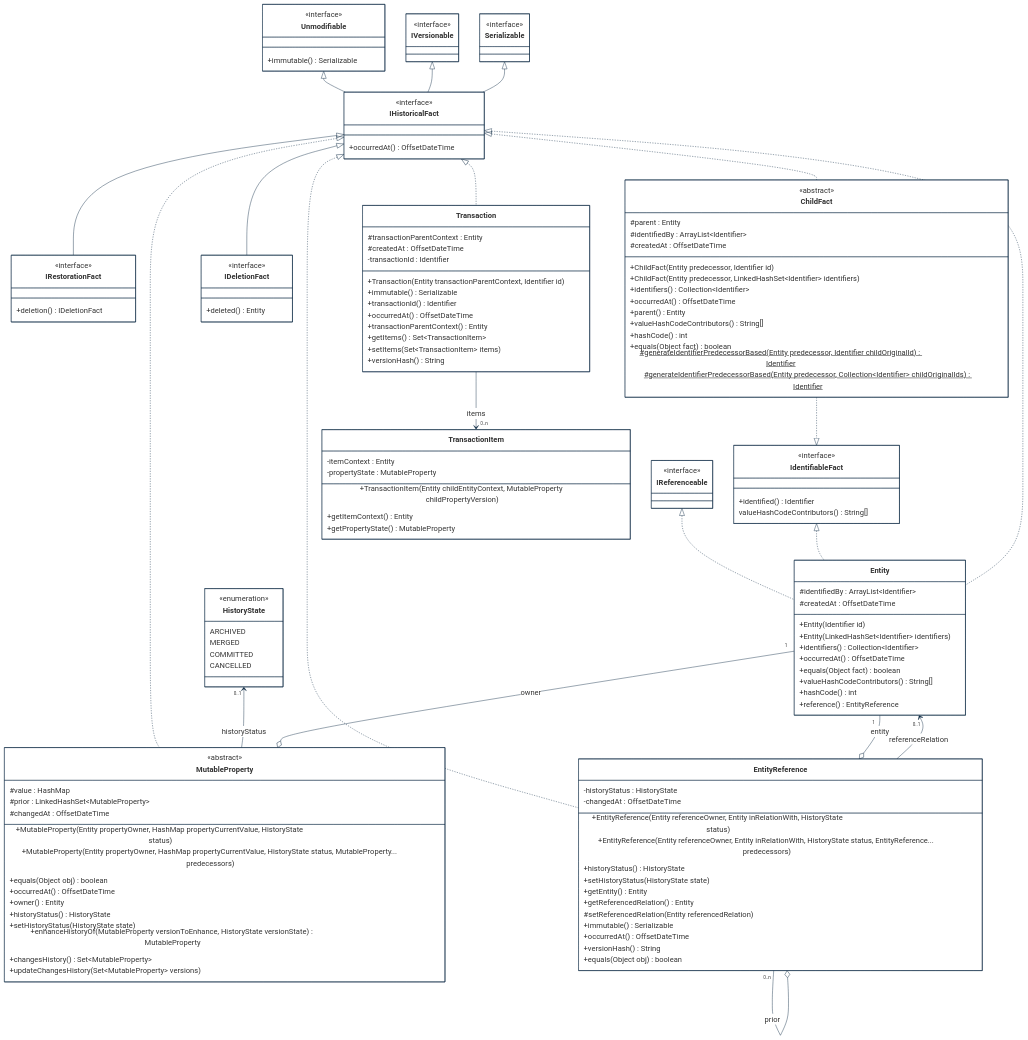
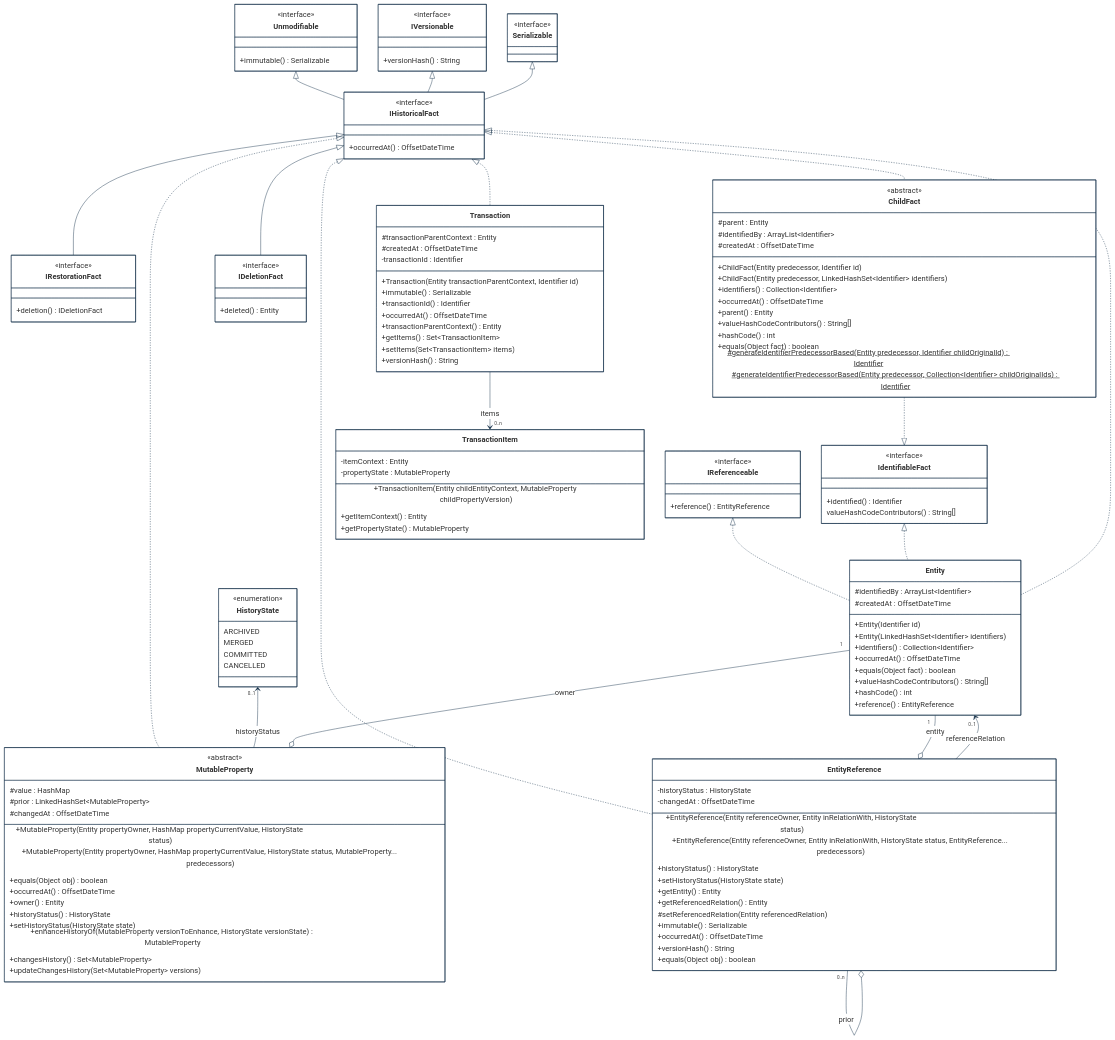
Before and after one commit to cybnity/foundation: the first of 8 diagrams in implementations-line/framework/immutable/designview-packages.md, drawn with Mermaid. The commit also changed other lines of this file, not shown here.

```diff
--- a/implementations-line/framework/immutable/designview-packages.md
+++ b/implementations-line/framework/immutable/designview-packages.md
@@ -145,12 +145,14 @@
     }
     class IVersionable {
         <<interface>>
+        +versionHash() String
     }
     class Serializable {
         <<interface>>
     }
     class IReferenceable {
         <<interface>>
+        +reference() EntityReference
     }
     class IRestorationFact {
         <<interface>>
```
